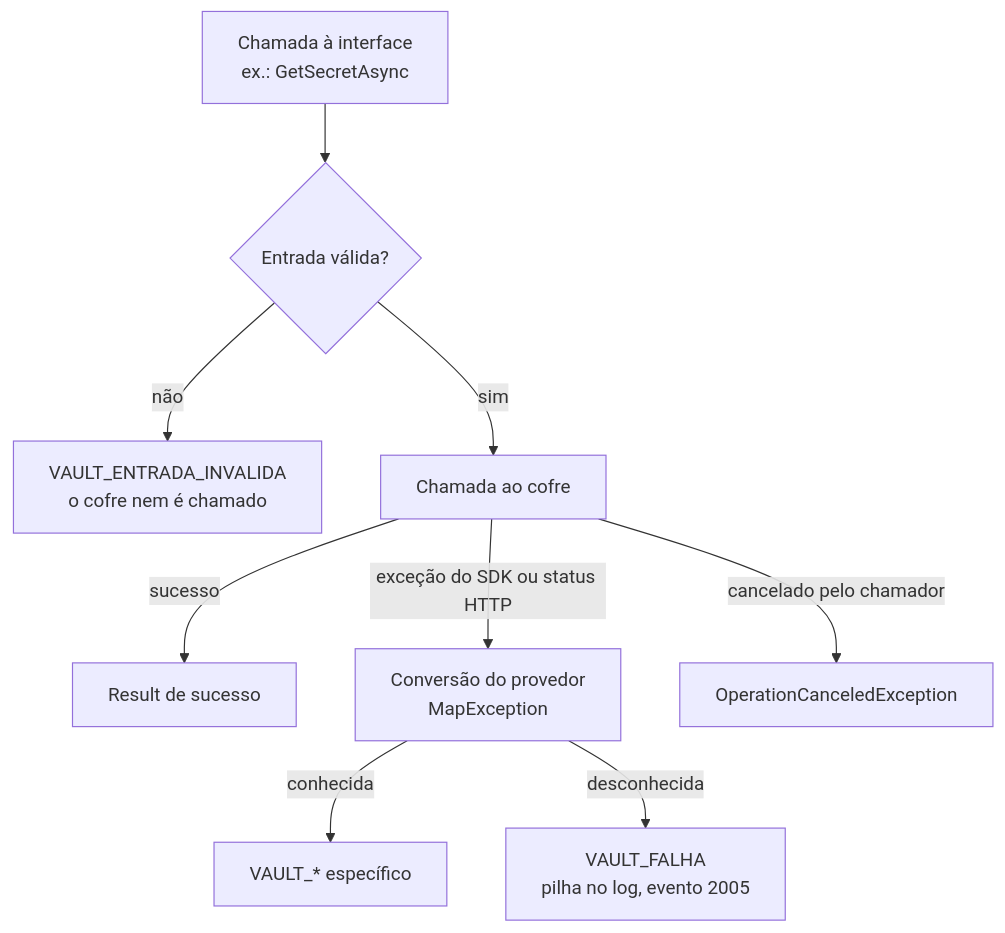
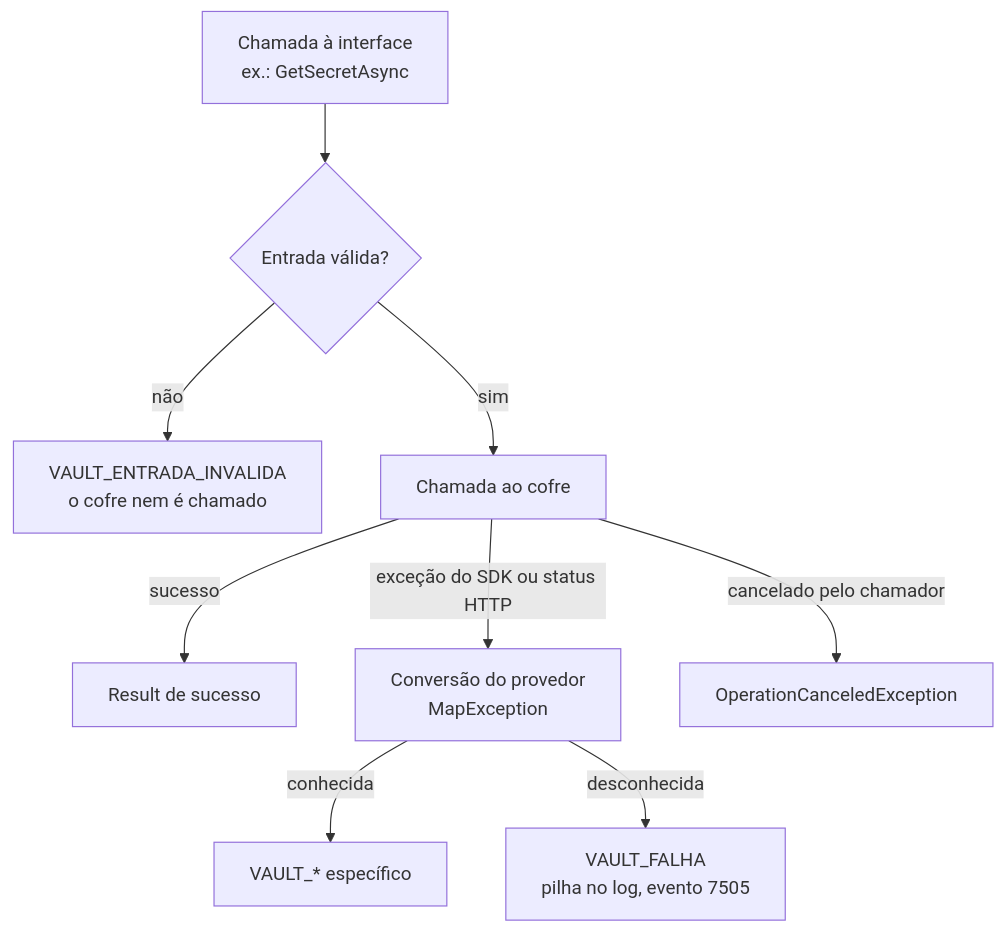
The first of 2 diagrams in docs/erros.md (tudoemcodigo/lib-tec-vault), drawn with Mermaid before and after one commit. The commit also changed other lines of this file and 16 other files, not shown here.

````diff
--- a/docs/erros.md
+++ b/docs/erros.md
@@ -24,11 +24,11 @@
 ```mermaid
 flowchart TD
     OP["Chamada à interface<br/>ex.: GetSecretAsync"] --> V{"Entrada válida?"}
     V -->|"não"| IN["VAULT_ENTRADA_INVALIDA<br/>o cofre nem é chamado"]
     V -->|"sim"| C["Chamada ao cofre"]
     C -->|"sucesso"| OK["Result de sucesso"]
     C -->|"exceção do SDK ou status HTTP"| M["Conversão do provedor<br/>MapException"]
     M -->|"conhecida"| E["VAULT_* específico"]
-    M -->|"desconhecida"| F["VAULT_FALHA<br/>pilha no log, evento 2005"]
+    M -->|"desconhecida"| F["VAULT_FALHA<br/>pilha no log, evento 7505"]
     C -->|"cancelado pelo chamador"| X["OperationCanceledException"]
 ```
````
